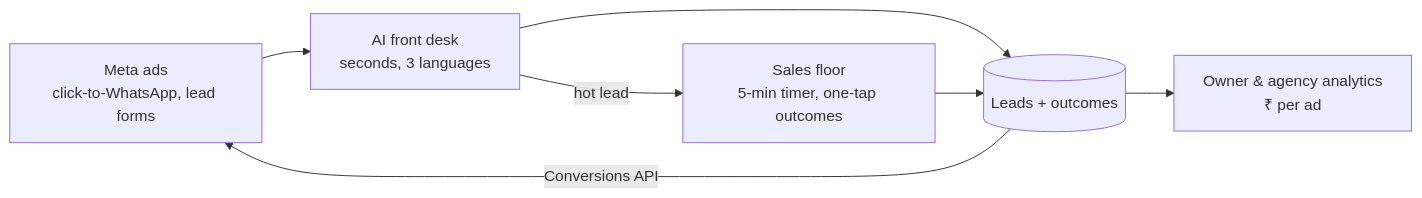
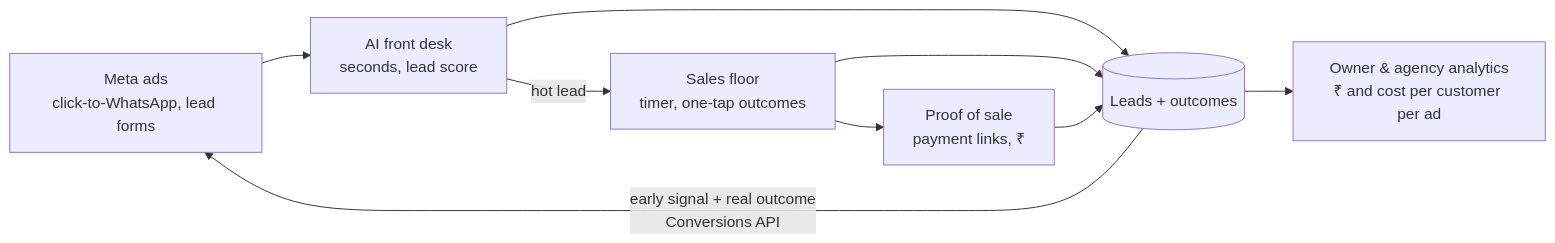
The diagram in README.md (kaamilstudiesig/GKF-WA), drawn with Mermaid before and after one commit. The commit also changed other lines of this file and 6 other files, not shown here.

First line of the commit message:
docs: reposition as the revenue layer between Meta ads and sales

````diff
--- a/README.md
+++ b/README.md
@@ -9,8 +11,9 @@
 ```mermaid
 flowchart LR
-  Ads[Meta ads<br/>click-to-WhatsApp, lead forms] --> Bot[AI front desk<br/>seconds, 3 languages]
-  Bot -->|hot lead| Sales[Sales floor<br/>5-min timer, one-tap outcomes]
-  Bot & Sales --> Data[(Leads + outcomes)]
-  Data --> Reports[Owner & agency analytics<br/>₹ per ad]
-  Data -->|Conversions API| Ads
+  Ads[Meta ads<br/>click-to-WhatsApp, lead forms] --> Bot[AI front desk<br/>seconds, lead score]
+  Bot -->|hot lead| Sales[Sales floor<br/>timer, one-tap outcomes]
+  Sales --> Proof[Proof of sale<br/>payment links, ₹]
+  Bot & Sales & Proof --> Data[(Leads + outcomes)]
+  Data --> Reports[Owner & agency analytics<br/>₹ and cost per customer per ad]
+  Data -->|early signal + real outcome<br/>Conversions API| Ads
 ```
````
